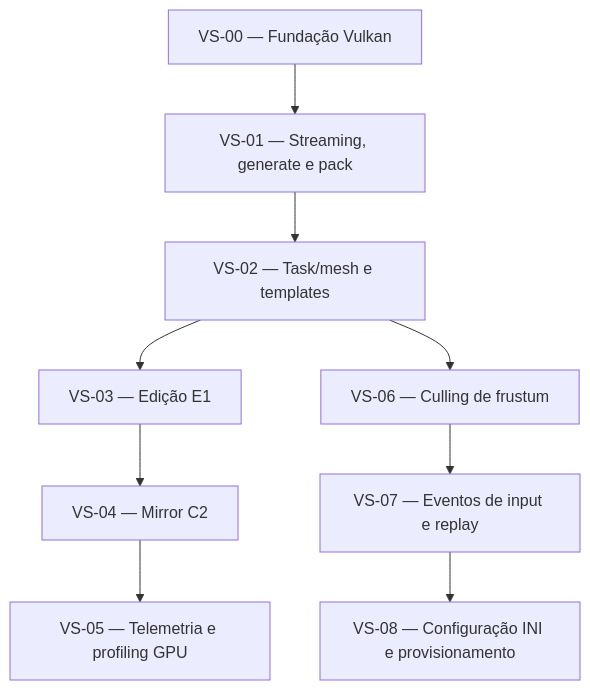
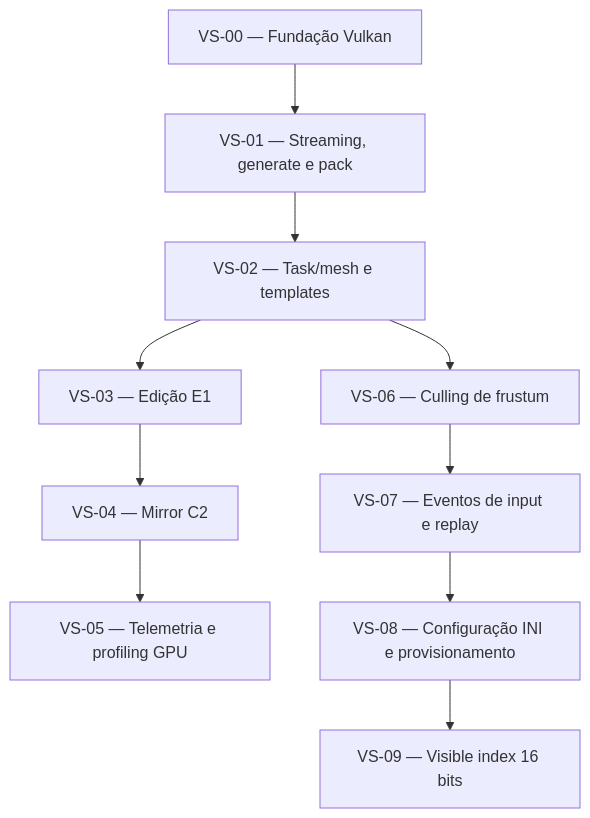
Before and after one commit to Ruannilton/vox: the diagram in docs/obsidian/tracking/dependencias.md, drawn with Mermaid. The commit also changed other lines of this file and 11 other files, not shown here.

First line of the commit message:
VS-09: visible index de 16 bits na fila de trabalho

````diff
--- a/docs/obsidian/tracking/dependencias.md
+++ b/docs/obsidian/tracking/dependencias.md
@@ -7,21 +7,23 @@
 ```mermaid
 graph TD
     VS00[VS-00 — Fundação Vulkan]
     VS01[VS-01 — Streaming, generate e pack]
     VS02[VS-02 — Task/mesh e templates]
     VS03[VS-03 — Edição E1]
     VS04[VS-04 — Mirror C2]
     VS05[VS-05 — Telemetria e profiling GPU]
     VS06[VS-06 — Culling de frustum]
     VS07[VS-07 — Eventos de input e replay]
     VS08[VS-08 — Configuração INI e provisionamento]
+    VS09[VS-09 — Visible index 16 bits]
 
     VS00 --> VS01
     VS01 --> VS02
     VS02 --> VS03
     VS03 --> VS04
     VS04 --> VS05
     VS02 --> VS06
     VS06 --> VS07
     VS07 --> VS08
+    VS08 --> VS09
 ```
````
